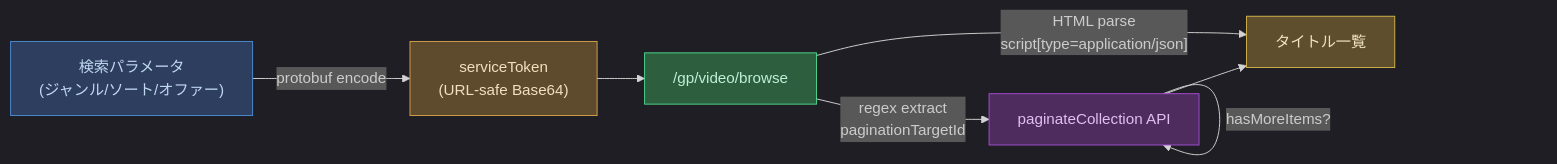
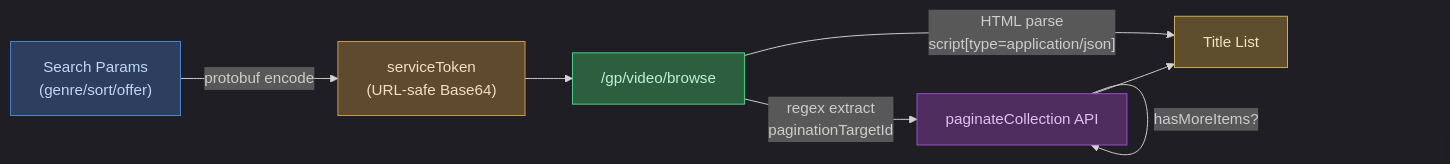
Before and after one commit to tkgstrator/anime-tracker: the second of 5 diagrams in README.md, drawn with Mermaid. The commit also changed other lines of this file and 1 other file, not shown here.

````diff
--- a/README.md
+++ b/README.md
@@ -96,16 +98,16 @@
 ```mermaid
 %%{init: {'theme': 'dark'}}%%
 graph LR
-    Params["検索パラメータ<br/>(ジャンル/ソート/オファー)"] -->|protobuf encode| Token["serviceToken<br/>(URL-safe Base64)"]
+    Params["Search Params<br/>(genre/sort/offer)"] -->|protobuf encode| Token["serviceToken<br/>(URL-safe Base64)"]
     Token --> Browse["/gp/video/browse"]
-    Browse -->|"HTML parse<br/>script[type=application/json]"| Titles["タイトル一覧"]
+    Browse -->|"HTML parse<br/>script[type=application/json]"| Titles["Title List"]
     Browse -->|"regex extract<br/>paginationTargetId"| Paginate["paginateCollection API"]
     Paginate -->|"hasMoreItems?"| Paginate
     Paginate --> Titles
 
     style Params fill:#2d3e5e,stroke:#4c8cd4,color:#c0d8f0
     style Token fill:#5e4a2d,stroke:#d4a04c,color:#f0e0c0
     style Browse fill:#2d5e3e,stroke:#4cd48c,color:#c0f0d8
     style Titles fill:#5e4e2d,stroke:#d4b44c,color:#f0e4c0
     style Paginate fill:#4e2d5e,stroke:#a44cd4,color:#e0c0f0
 ```
````
